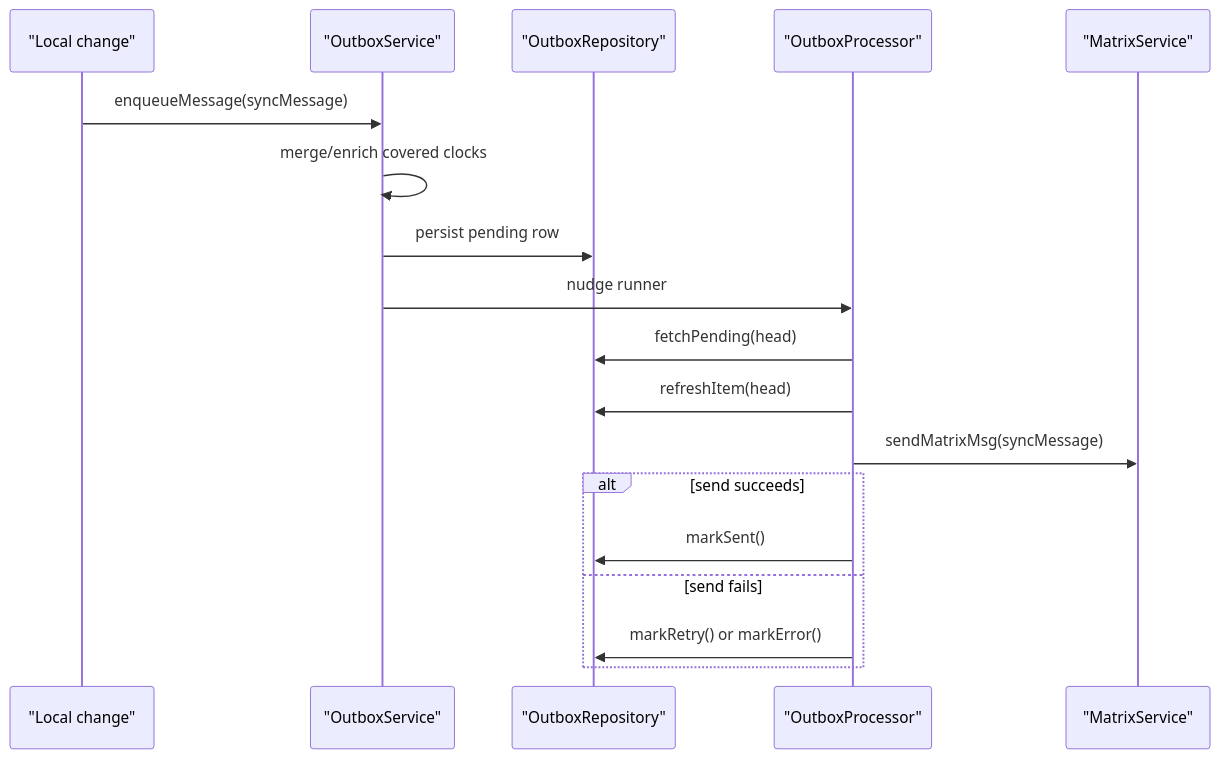
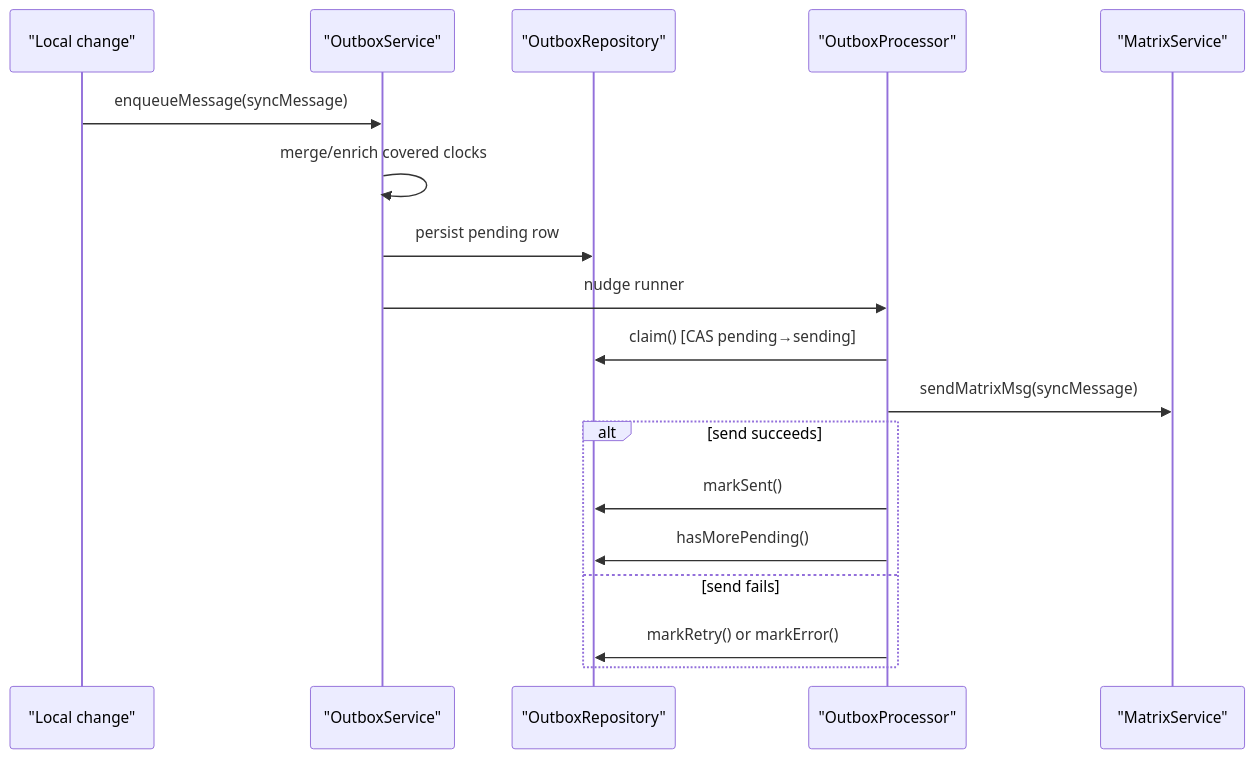
Before and after one commit to matthiasn/lotti: the second of 6 diagrams in lib/features/sync/README.md, drawn with Mermaid. The commit also changed other lines of this file and 9 other files, not shown here.

````diff
--- a/lib/features/sync/README.md
+++ b/lib/features/sync/README.md
@@ -290,21 +290,21 @@
 ```mermaid
 sequenceDiagram
   participant Local as "Local change"
   participant Outbox as "OutboxService"
   participant Repo as "OutboxRepository"
   participant Proc as "OutboxProcessor"
   participant Matrix as "MatrixService"
 
   Local->>Outbox: enqueueMessage(syncMessage)
   Outbox->>Outbox: merge/enrich covered clocks
   Outbox->>Repo: persist pending row
   Outbox->>Proc: nudge runner
-  Proc->>Repo: fetchPending(head)
-  Proc->>Repo: refreshItem(head)
+  Proc->>Repo: claim() [CAS pending→sending]
   Proc->>Matrix: sendMatrixMsg(syncMessage)
   alt send succeeds
     Proc->>Repo: markSent()
+    Proc->>Repo: hasMorePending()
   else send fails
     Proc->>Repo: markRetry() or markError()
   end
 ```
````
